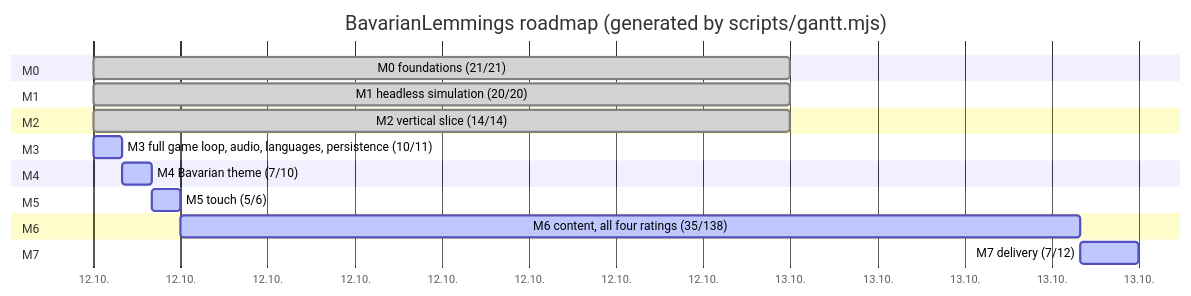
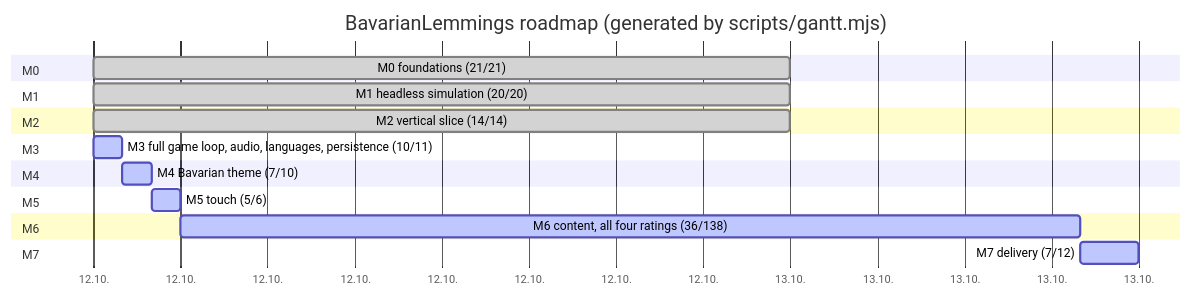
One commit to marcelpetrick/BavarianLemmings changed the diagram in plan.md. Above: the diagram before and after it, drawn with Mermaid. The commit also changed other lines of this file and 7 other files, not shown here.

````diff
--- a/plan.md
+++ b/plan.md
@@ -43,22 +43,22 @@
 ```mermaid
 gantt
     title BavarianLemmings roadmap (generated by scripts/gantt.mjs)
     dateFormat  YYYY-MM-DD
     axisFormat  %d.%m.
     section M0
     M0 foundations (21/21) :done, m0, 2026-10-12, 1d
     section M1
     M1 headless simulation (20/20) :done, m1, 2026-10-12, 1d
     section M2
     M2 vertical slice (14/14) :done, m2, 2026-10-12, 1d
     section M3
     M3 full game loop, audio, languages, persistence (10/11) :active, m3, 2026-10-12, 1h
     section M4
     M4 Bavarian theme (7/10) :active, m4, after m3, 1h
     section M5
     M5 touch (5/6) :active, m5, after m4, 1h
     section M6
-    M6 content, all four ratings (35/138) :active, m6, after m5, 31h
+    M6 content, all four ratings (36/138) :active, m6, after m5, 31h
     section M7
     M7 delivery (7/12) :active, m7, after m6, 2h
 ```
````
